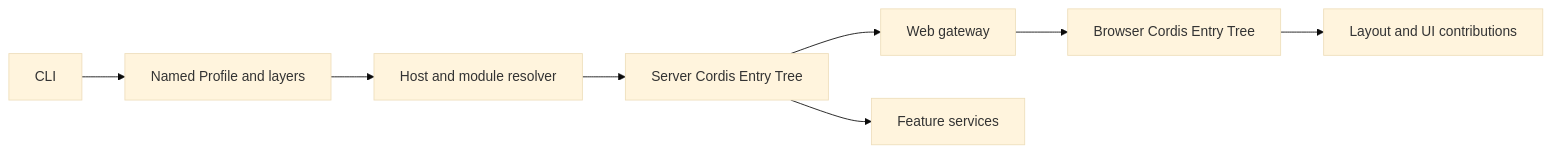
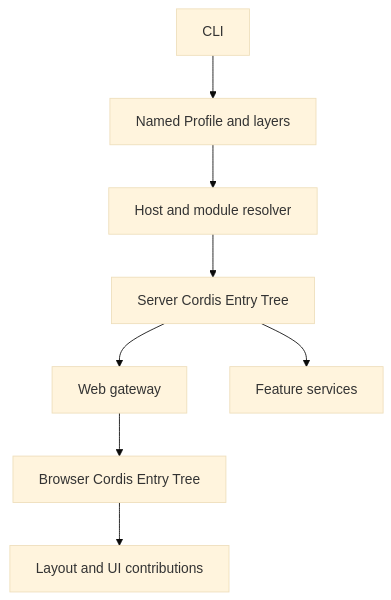
One commit to catyugu/mini-harness changed the second of 3 diagrams in docs/architecture.md. Above: the diagram before and after it, drawn with Mermaid (base theme). The commit also changed other lines of this file and 61 other files, not shown here.

````diff
--- a/docs/architecture.md
+++ b/docs/architecture.md
@@ -31,10 +31,10 @@
 ```mermaid
-flowchart LR
+flowchart TD
   CLI --> Profile[Named Profile and layers]
   Profile --> Host[Host and module resolver]
   Host --> Server[Server Cordis Entry Tree]
   Server --> Gateway[Web gateway]
   Gateway --> Browser[Browser Cordis Entry Tree]
   Server --> Services[Feature services]
   Browser --> Views[Layout and UI contributions]
 ```
````
